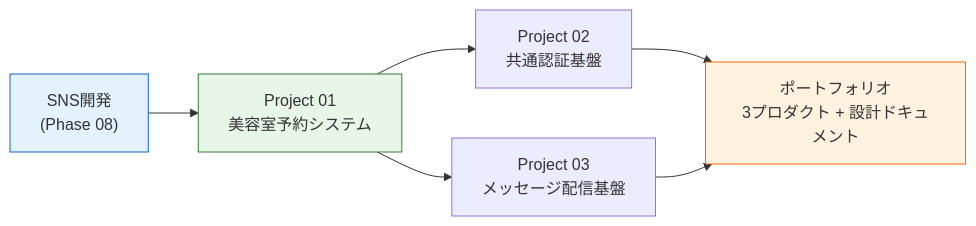
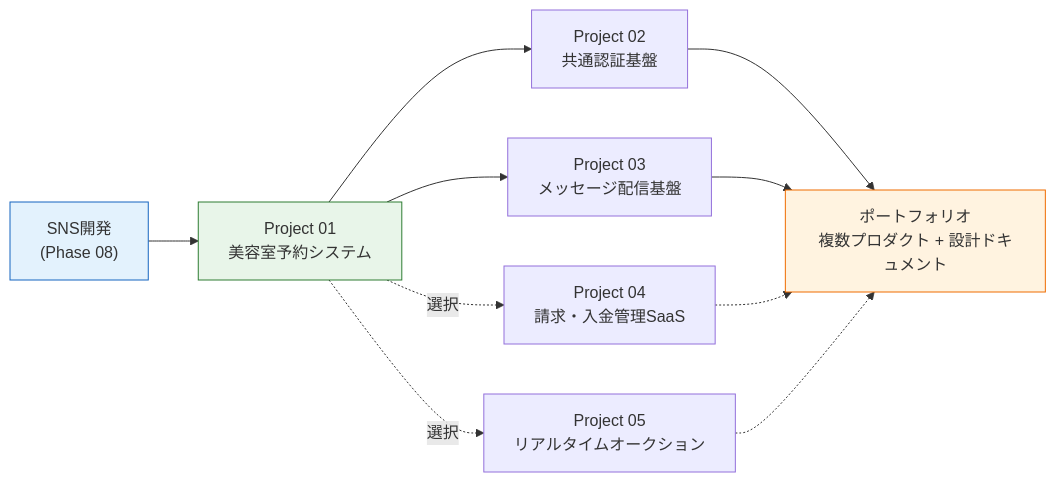
One commit to dik-ab/school-curriculum-platform changed the diagram in cloudflare-site/src/content/docs/advanced/index.md. Above: the diagram before and after it, drawn with Mermaid. The commit also changed other lines of this file and 4 other files, not shown here.

````diff
--- a/cloudflare-site/src/content/docs/advanced/index.md
+++ b/cloudflare-site/src/content/docs/advanced/index.md
@@ -31,11 +38,15 @@
 ```mermaid
 flowchart LR
     SNS["SNS開発<br/>(Phase 08)"] --> A["Project 01<br/>美容室予約システム"]
     A --> B["Project 02<br/>共通認証基盤"]
     A --> C["Project 03<br/>メッセージ配信基盤"]
-    B --> D["ポートフォリオ<br/>3プロダクト + 設計ドキュメント"]
+    B --> D["ポートフォリオ<br/>複数プロダクト + 設計ドキュメント"]
     C --> D
+    A -.選択.-> E["Project 04<br/>請求・入金管理SaaS"]
+    A -.選択.-> F["Project 05<br/>リアルタイムオークション"]
+    E -.-> D
+    F -.-> D
     style SNS fill:#e3f2fd,stroke:#1565c0
     style A fill:#e8f5e9,stroke:#2e7d32
     style D fill:#fff3e0,stroke:#ef6c00
 ```
````
